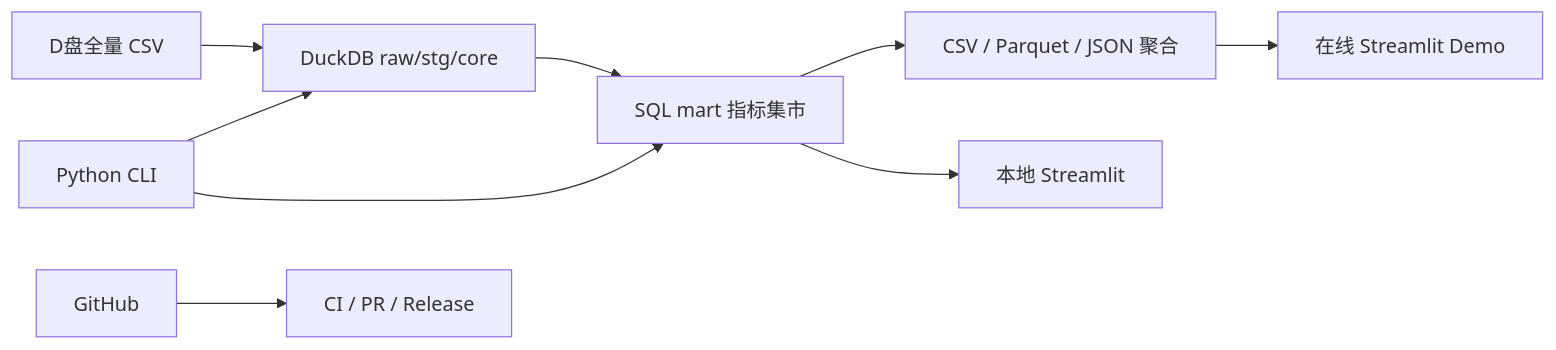
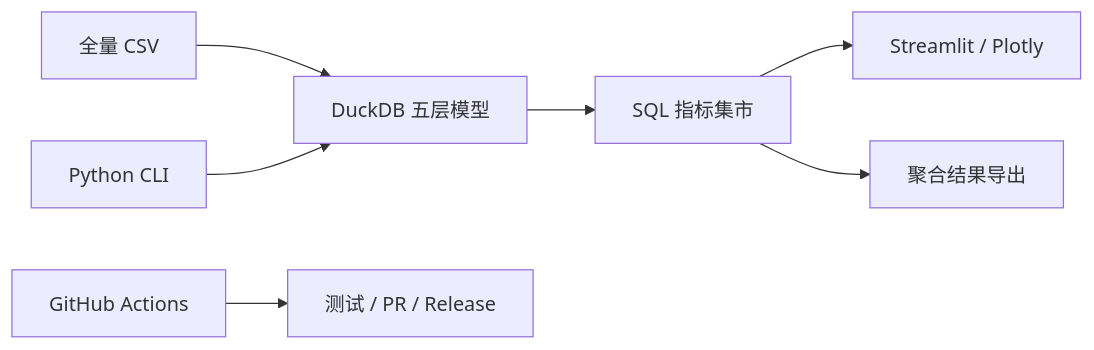
Before and after one commit to Guzdey/product-ops-growth-analytics: the diagram in README.md, drawn with Mermaid. The commit also changed other lines of this file, not shown here.

````diff
--- a/README.md
+++ b/README.md
@@ -55,11 +71,9 @@
 ```mermaid
 flowchart LR
-    A["D盘全量 CSV"] --> B["DuckDB raw/stg/core"]
-    B --> C["SQL mart 指标集市"]
-    D["Python CLI"] --> B
-    D --> C
-    C --> E["CSV / Parquet / JSON 聚合"]
-    C --> F["本地 Streamlit"]
-    E --> G["在线 Streamlit Demo"]
-    H["GitHub"] --> I["CI / PR / Release"]
+    A["全量 CSV"] --> B["DuckDB 五层模型"]
+    C["Python CLI"] --> B
+    B --> D["SQL 指标集市"]
+    D --> E["Streamlit / Plotly"]
+    D --> F["聚合结果导出"]
+    G["GitHub Actions"] --> H["测试 / PR / Release"]
 ```
````
